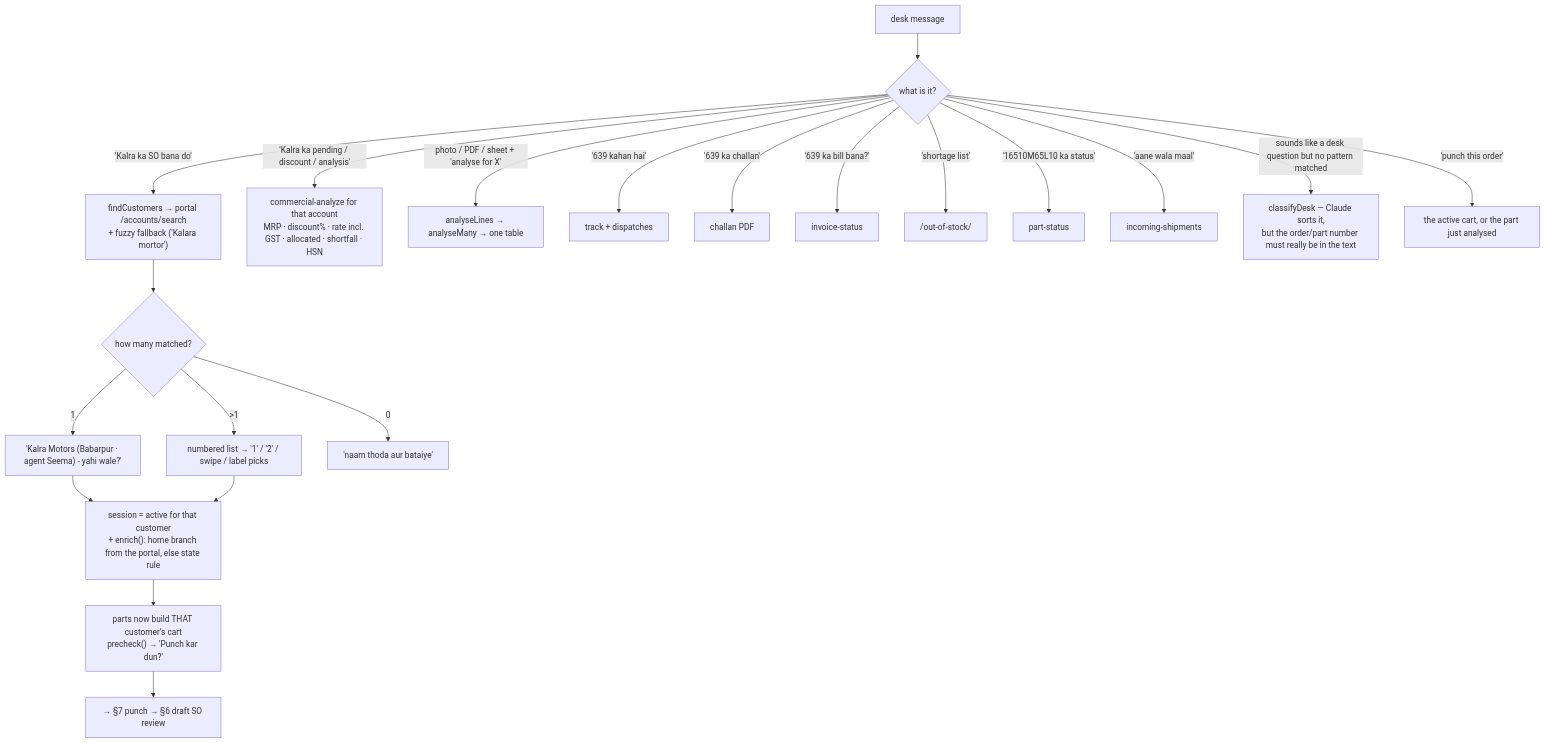
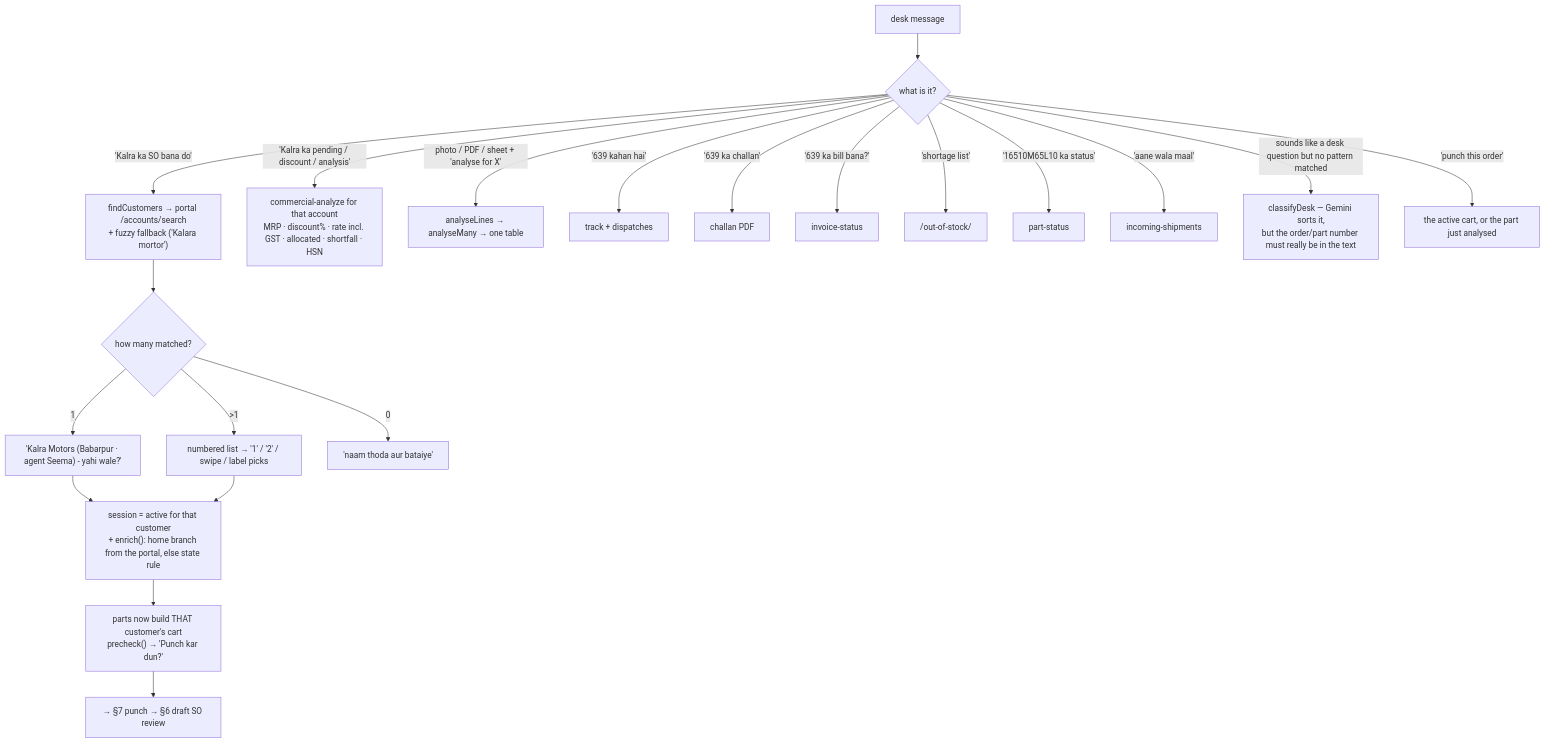
One commit to interns-arch/Autoflow-main changed the fifth of 10 diagrams in docs/AGENTS_AND_DATA_FLOW.md. Above: the diagram before and after it, drawn with Mermaid. The commit also changed other lines of this file and 26 other files, not shown here.

````diff
--- a/docs/AGENTS_AND_DATA_FLOW.md
+++ b/docs/AGENTS_AND_DATA_FLOW.md
@@ -318,23 +318,23 @@
 ```mermaid
 flowchart TD
   S0["desk message"] --> S1{"what is it?"}
   S1 -- "'Kalra ka SO bana do'" --> S2["findCustomers → portal /accounts/search<br/>+ fuzzy fallback ('Kalara mortor')"]
   S2 --> S3{"how many matched?"}
   S3 -- 1 --> S4["'Kalra Motors (Babarpur · agent Seema) - yahi wale?'"]
   S3 -- ">1" --> S5["numbered list → '1' / '2' / swipe / label picks"]
   S3 -- 0 --> S6["'naam thoda aur bataiye'"]
   S4 & S5 --> S7["session = active for that customer<br/>+ enrich(): home branch from the portal, else state rule"]
   S7 --> S8["parts now build THAT customer's cart<br/>precheck() → 'Punch kar dun?'"]
   S8 --> S9["→ §7 punch → §6 draft SO review"]
 
   S1 -- "'Kalra ka pending / discount / analysis'" --> A1["commercial-analyze for that account<br/>MRP · discount% · rate incl. GST · allocated · shortfall · HSN"]
   S1 -- "photo / PDF / sheet + 'analyse for X'" --> A2["analyseLines → analyseMany → one table"]
   S1 -- "'639 kahan hai'" --> D1["track + dispatches"]
   S1 -- "'639 ka challan'" --> D2["challan PDF"]
   S1 -- "'639 ka bill bana?'" --> D3["invoice-status"]
   S1 -- "'shortage list'" --> D4["/out-of-stock/"]
   S1 -- "'16510M65L10 ka status'" --> D5["part-status"]
   S1 -- "'aane wala maal'" --> D6["incoming-shipments"]
-  S1 -- "sounds like a desk question but no pattern matched" --> D7["classifyDesk — Claude sorts it,<br/>but the order/part number must really be in the text"]
+  S1 -- "sounds like a desk question but no pattern matched" --> D7["classifyDesk — Gemini sorts it,<br/>but the order/part number must really be in the text"]
   S1 -- "'punch this order'" --> P1["the active cart, or the part just analysed"]
 ```
````
